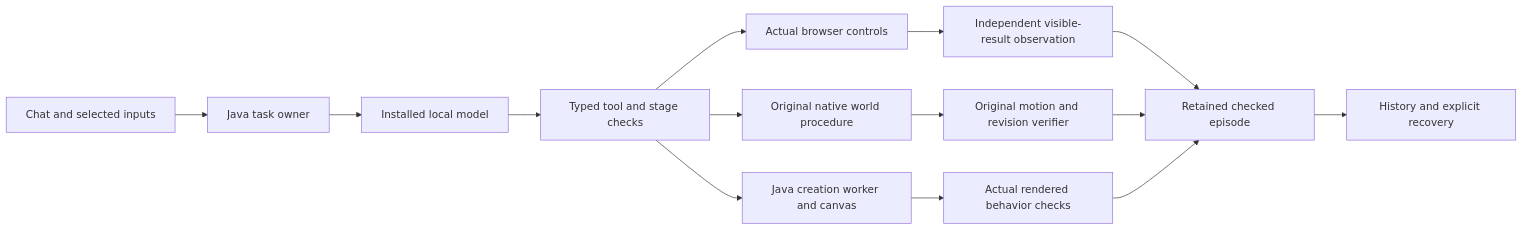
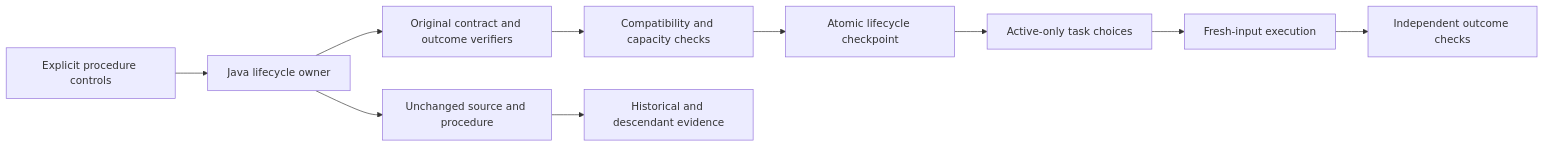
Before and after one commit to eyeoverthink/Fraynix-Agent-Workspace: the diagram in README.md, drawn with Mermaid. The commit also changed other lines of this file and 277 other files, not shown here.

Commit message:
Document edition 127 saved Java procedure lifecycle with retained evidence

````diff
--- a/README.md
+++ b/README.md
@@ -143,16 +99,12 @@
 ```mermaid
 flowchart LR
-  Request[Chat and selected inputs] --> Java[Java task owner]
-  Java --> Model[Installed local model]
-  Model --> Admission[Typed tool and stage checks]
-  Admission --> Browser[Actual browser controls]
-  Admission --> World[Original native world procedure]
-  Admission --> Canvas[Java creation worker and canvas]
-  Browser --> Visible[Independent visible-result observation]
-  World --> Physical[Original motion and revision verifier]
-  Canvas --> Rendered[Actual rendered behavior checks]
-  Visible --> Journal[Retained checked episode]
-  Physical --> Journal
-  Rendered --> Journal
-  Journal --> Recovery[History and explicit recovery]
+  User[Explicit procedure controls] --> Java[Java lifecycle owner]
+  Java --> Original[Unchanged source and procedure]
+  Java --> Verify[Original contract and outcome verifiers]
+  Verify --> Gate[Compatibility and capacity checks]
+  Gate --> Commit[Atomic lifecycle checkpoint]
+  Commit --> Choices[Active-only task choices]
+  Original --> History[Historical and descendant evidence]
+  Choices --> Run[Fresh-input execution]
+  Run --> Outcome[Independent outcome checks]
 ```
````
